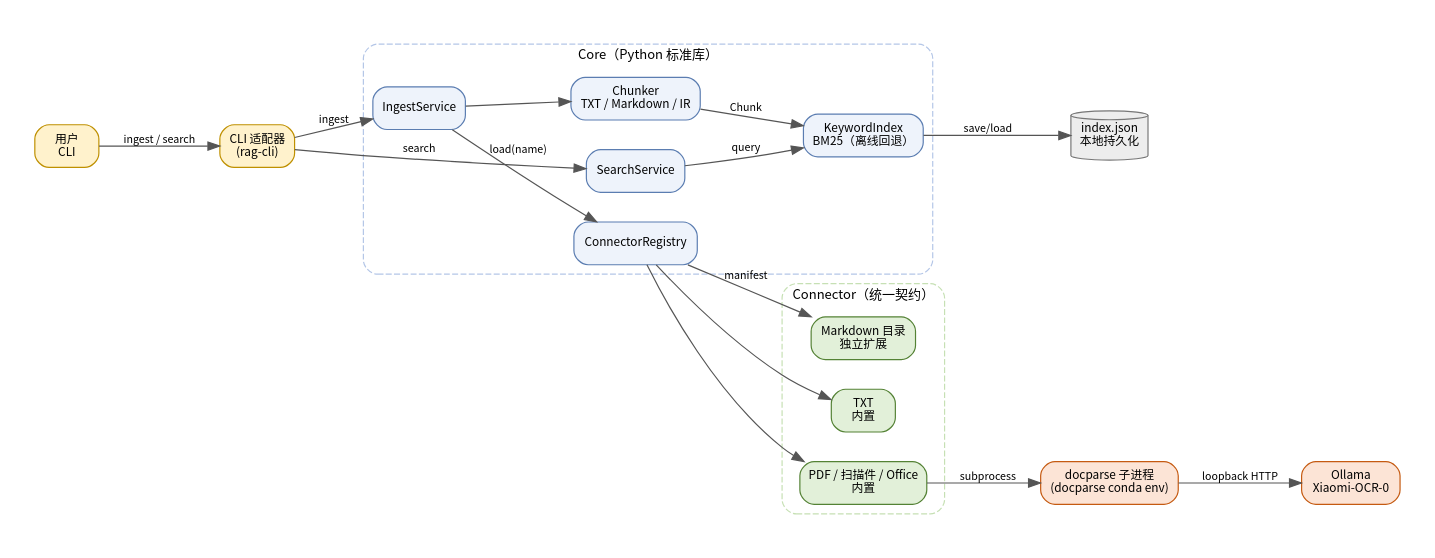
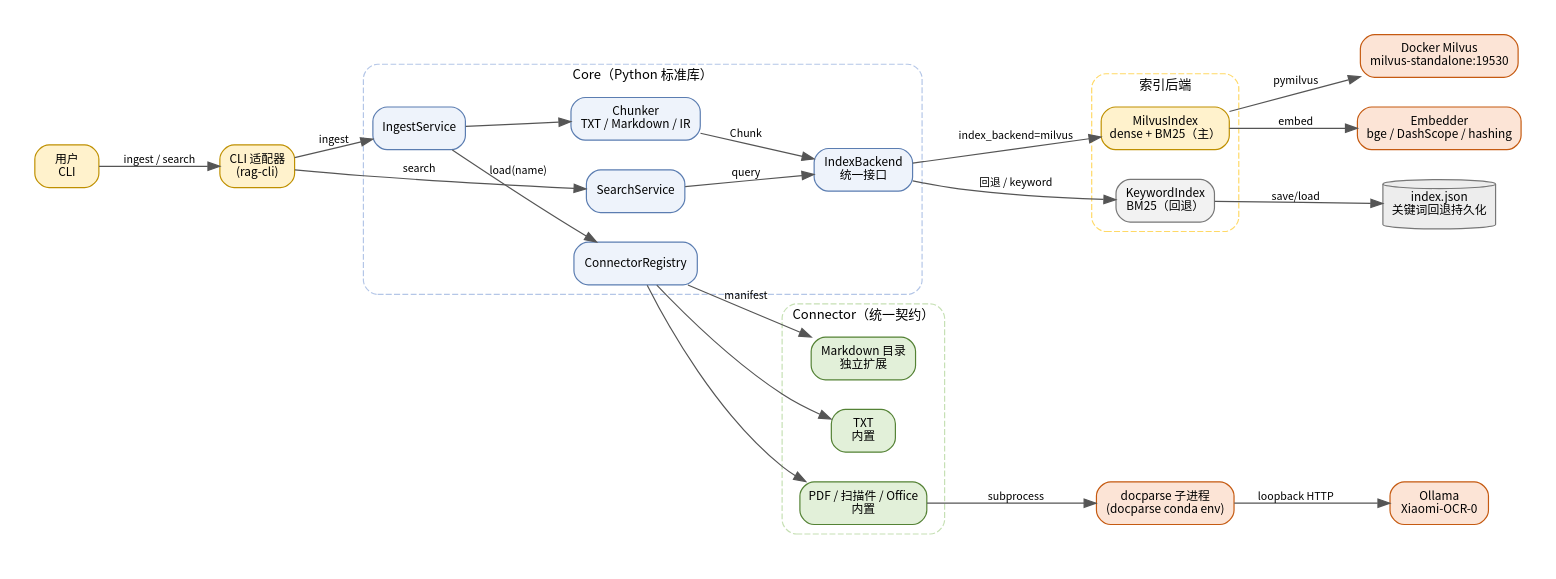
One commit to H-wonder/RAG_multidocs changed the diagram in project/docs/diagrams/architecture.dot. Above: the diagram before and after it, drawn with Graphviz. The commit also changed 25 other files, not shown here.

```diff
--- a/project/docs/diagrams/architecture.dot
+++ b/project/docs/diagrams/architecture.dot
@@ -1,50 +1,65 @@
 digraph architecture {
   rankdir=LR;
   graph [fontname="Noto Sans CJK SC", fontsize=11, pad=0.3, nodesep=0.35, ranksep=0.55];
   node [shape=box, style="rounded,filled", fontname="Noto Sans CJK SC", fontsize=10,
         fillcolor="#eef3fb", color="#5b7db1"];
   edge [fontname="Noto Sans CJK SC", fontsize=9, color="#555555"];
 
   user [label="用户\nCLI", fillcolor="#fff2cc", color="#bf9000"];
   cli [label="CLI 适配器\n(rag-cli)", fillcolor="#fff2cc", color="#bf9000"];
 
   subgraph cluster_core {
     label="Core（Python 标准库）";
     fontname="Noto Sans CJK SC";
     color="#b4c6e7";
     style="rounded,dashed";
     ingest [label="IngestService"];
     search [label="SearchService"];
     registry [label="ConnectorRegistry"];
     chunker [label="Chunker\nTXT / Markdown / IR"];
-    index [label="KeywordIndex\nBM25（离线回退）"];
+    backend [label="IndexBackend\n统一接口"];
   }
 
   subgraph cluster_connectors {
     label="Connector（统一契约）";
     fontname="Noto Sans CJK SC";
     color="#c6e0b4";
     style="rounded,dashed";
     txt [label="TXT\n内置", fillcolor="#e2f0d9", color="#548235"];
     pdf [label="PDF / 扫描件 / Office\n内置", fillcolor="#e2f0d9", color="#548235"];
     md [label="Markdown 目录\n独立扩展", fillcolor="#e2f0d9", color="#548235"];
   }
 
+  subgraph cluster_index {
+    label="索引后端";
+    fontname="Noto Sans CJK SC";
+    color="#ffd966";
+    style="rounded,dashed";
+    milvus_idx [label="MilvusIndex\ndense + BM25（主）", fillcolor="#fff2cc", color="#bf9000"];
+    keyword_idx [label="KeywordIndex\nBM25（回退）", fillcolor="#f2f2f2", color="#777777"];
+  }
+
+  embedder [label="Embedder\nbge / DashScope / hashing", fillcolor="#fce4d6", color="#c55a11"];
+  milvus [label="Docker Milvus\nmilvus-standalone:19530", fillcolor="#fce4d6", color="#c55a11"];
   docparse [label="docparse 子进程\n(docparse conda env)", fillcolor="#fce4d6", color="#c55a11"];
   ollama [label="Ollama\nXiaomi-OCR-0", fillcolor="#fce4d6", color="#c55a11"];
-  disk [label="index.json\n本地持久化", shape=cylinder, fillcolor="#ededed", color="#777777"];
+  disk [label="index.json\n关键词回退持久化", shape=cylinder, fillcolor="#ededed", color="#777777"];
 
   user -> cli [label="ingest / search"];
   cli -> ingest [label="ingest"];
   cli -> search [label="search"];
   ingest -> registry [label="load(name)"];
   registry -> txt;
   registry -> pdf;
   registry -> md [label="manifest"];
   ingest -> chunker;
-  chunker -> index [label="Chunk"];
-  search -> index [label="query"];
-  index -> disk [label="save/load"];
+  chunker -> backend [label="Chunk"];
+  search -> backend [label="query"];
+  backend -> milvus_idx [label="index_backend=milvus"];
+  backend -> keyword_idx [label="回退 / keyword"];
+  milvus_idx -> embedder [label="embed"];
+  milvus_idx -> milvus [label="pymilvus"];
+  keyword_idx -> disk [label="save/load"];
   pdf -> docparse [label="subprocess"];
   docparse -> ollama [label="loopback HTTP"];
 }
```
